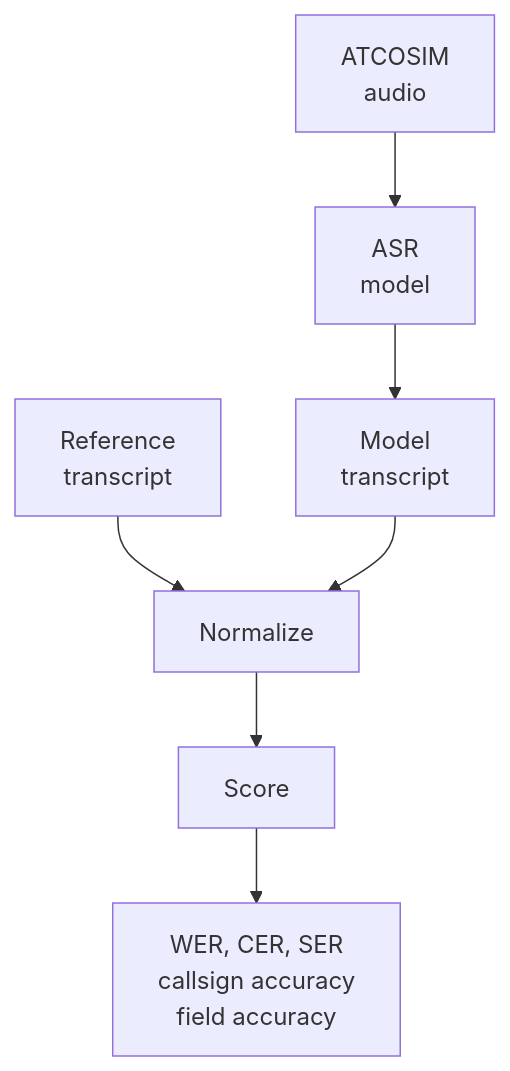
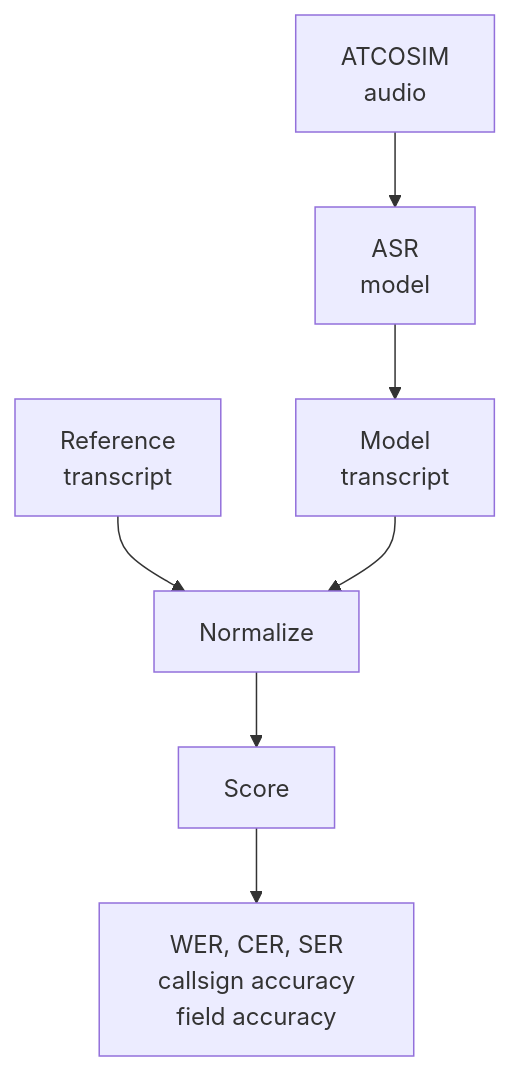
Before and after one commit to Photnix/STT-model-evaluation-in-ATC: the diagram in README.md, drawn with Mermaid. The commit also changed other lines of this file, not shown here.

Commit message:
Update accuracy metrics formatting in README

````diff
--- a/README.md
+++ b/README.md
@@ -117,8 +117,8 @@
 ```mermaid
 flowchart TD
     A["ATCOSIM<br/>audio"] --> B["ASR<br/>model"] --> C["Model<br/>transcript"]
     D["Reference<br/>transcript"] --> E["Normalize"]
     C --> E
     E --> F["Score"]
-    F --> G["WER, CER, SER<br/>callsign accuracy<br/>field accuracy"]
+    F --> G["WER, CER, SER<br/>#nbsp;#nbsp;callsign accuracy#nbsp;#nbsp;<br/>field accuracy"]
 ```
````
